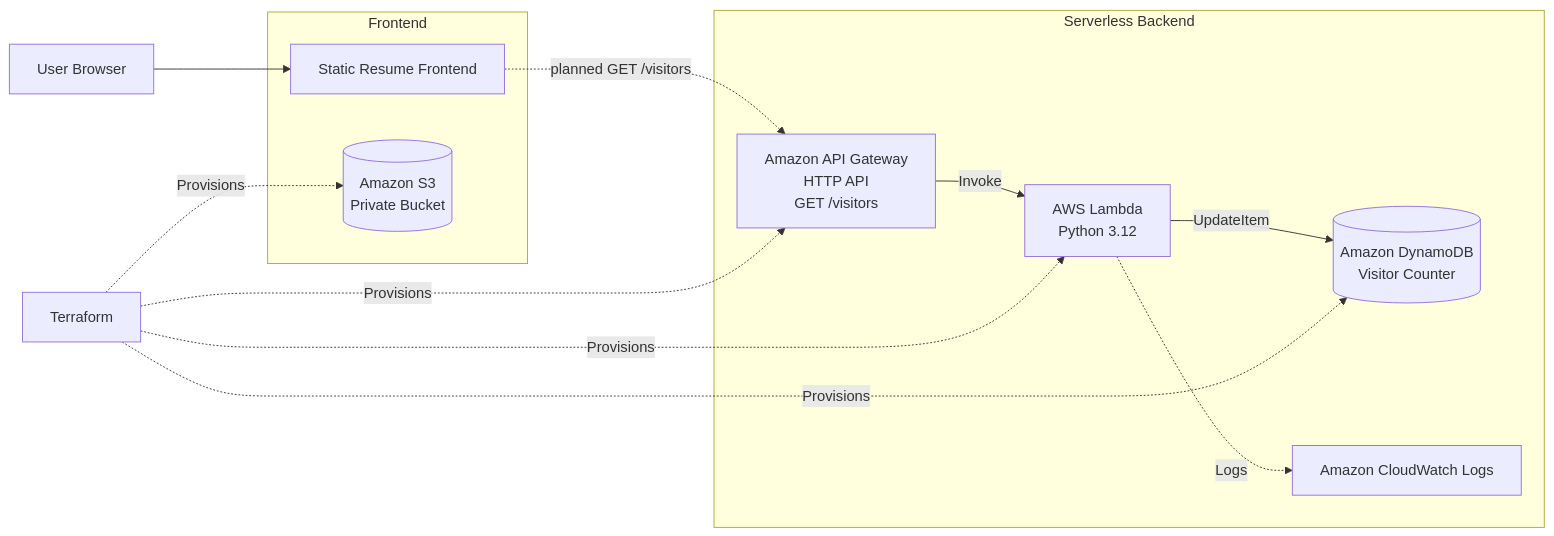
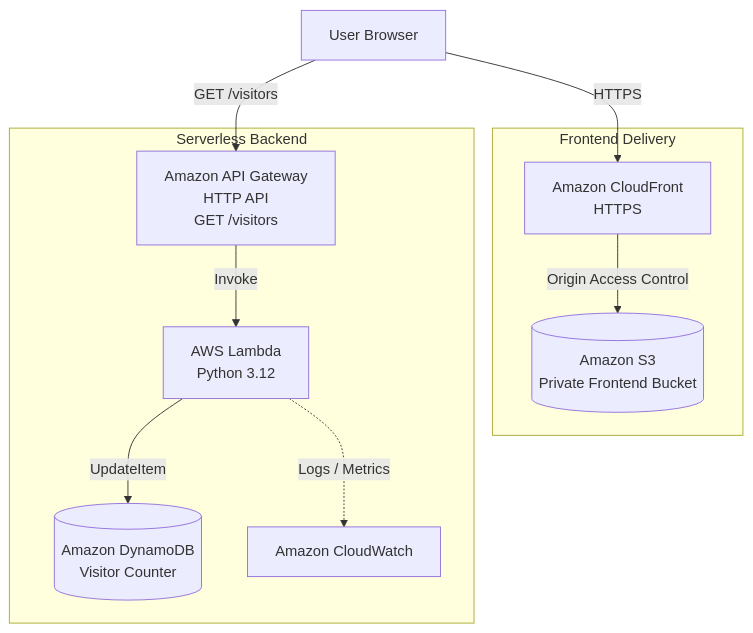
The diagram in README.md (bilge26/cloud-resume-platform), drawn with Mermaid before and after one commit. The commit also changed other lines of this file and 5 other files, not shown here.

````diff
--- a/README.md
+++ b/README.md
@@ -24,27 +34,24 @@
 ```mermaid
-flowchart LR
-    U[User Browser]
+flowchart TB
+    User[User Browser]
 
-    subgraph Frontend
-        FE[Static Resume Frontend]
-        S3[(Amazon S3<br/>Private Bucket)]
+    subgraph FrontendDelivery[Frontend Delivery]
+        CF[Amazon CloudFront<br/>HTTPS]
+        S3[(Amazon S3<br/>Private Frontend Bucket)]
     end
 
-    subgraph Serverless_Backend[Serverless Backend]
+    subgraph ServerlessBackend[Serverless Backend]
         API[Amazon API Gateway<br/>HTTP API<br/>GET /visitors]
-        L[AWS Lambda<br/>Python 3.12]
+        Lambda[AWS Lambda<br/>Python 3.12]
         DDB[(Amazon DynamoDB<br/>Visitor Counter)]
-        CW[Amazon CloudWatch Logs]
+        CW[Amazon CloudWatch]
     end
 
-    U --> FE
-    FE -. planned GET /visitors .-> API
-    API -->|Invoke| L
-    L -->|UpdateItem| DDB
-    L -. Logs .-> CW
+    User -->|HTTPS| CF
+    CF -->|Origin Access Control| S3
 
-    TF[Terraform] -. Provisions .-> S3
-    TF -. Provisions .-> API
-    TF -. Provisions .-> L
-    TF -. Provisions .-> DDB
+    User -->|GET /visitors| API
+    API -->|Invoke| Lambda
+    Lambda -->|UpdateItem| DDB
+    Lambda -. Logs / Metrics .-> CW
 ```
````
